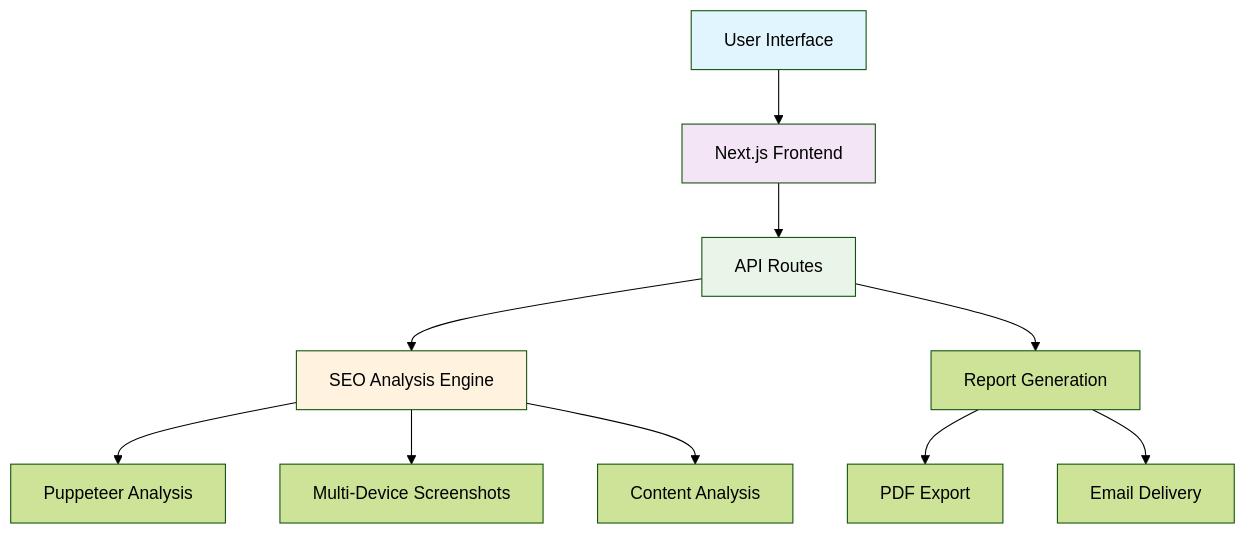
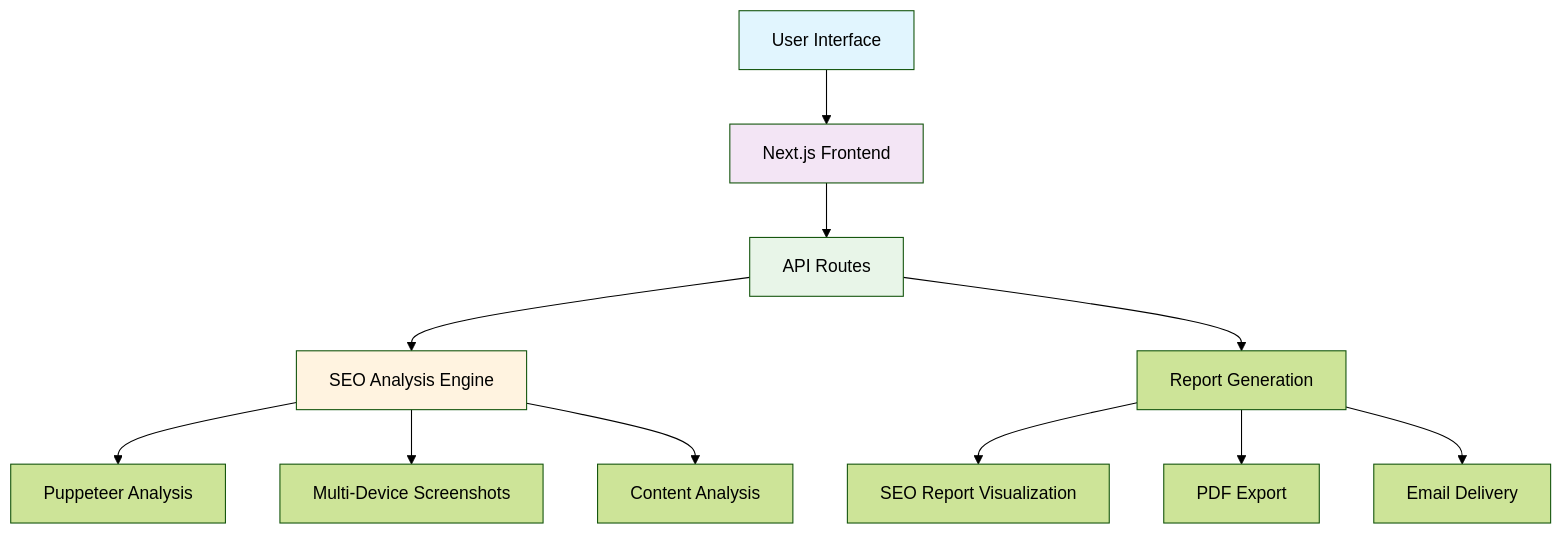
The diagram in README.md (amine-CS96/SEO-Expert), drawn with Mermaid (forest theme) before and after one commit.

````diff
--- a/README.md
+++ b/README.md
@@ -126,17 +126,18 @@
 ```mermaid
 graph TB
     A[User Interface] --> B[Next.js Frontend]
     B --> C[API Routes]
     C --> D[SEO Analysis Engine]
     D --> E[Puppeteer Analysis]
     D --> F[Multi-Device Screenshots]
     D --> G[Content Analysis]
     C --> H[Report Generation]
-    H --> I[PDF Export]
-    H --> J[Email Delivery]
+    H --> I[SEO Report Visualization]
+    H --> J[PDF Export]
+    H --> K[Email Delivery]
     
     style A fill:#e1f5fe
     style B fill:#f3e5f5
     style C fill:#e8f5e8
     style D fill:#fff3e0
 ```
````
